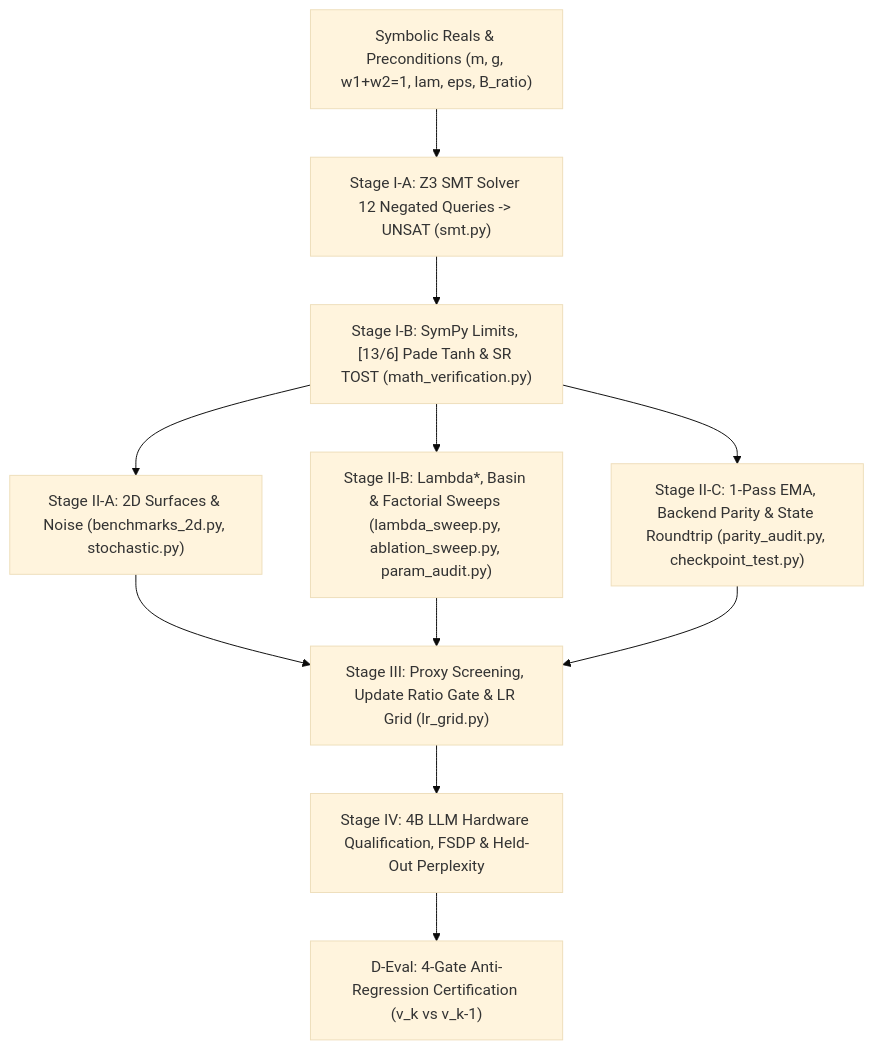
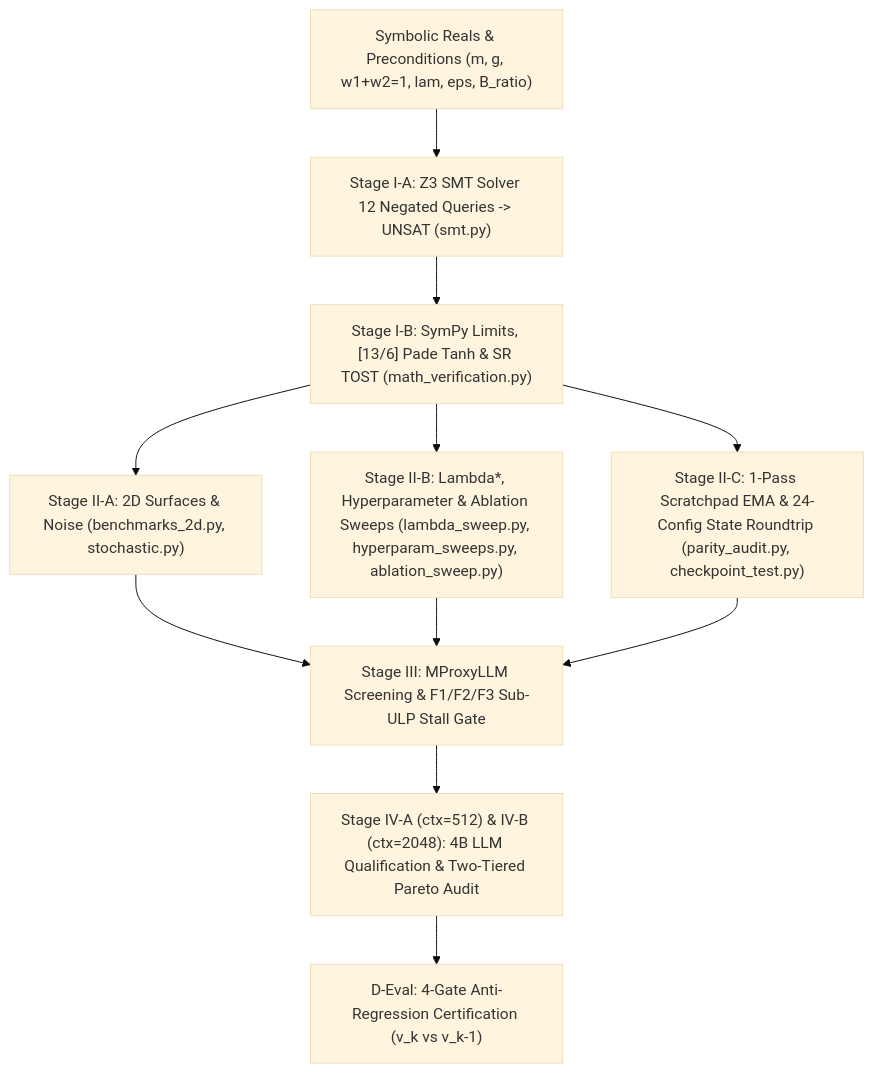
One commit to cloverx-id/luminamoon changed the diagram in eval/README.md. Above: the diagram before and after it, drawn with Mermaid (base theme). The commit also changed other lines of this file and 19 other files, not shown here.

````diff
--- a/eval/README.md
+++ b/eval/README.md
@@ -10,11 +12,11 @@
 ```mermaid
 flowchart TD
     Vars["Symbolic Reals & Preconditions (m, g, w1+w2=1, lam, eps, B_ratio)"] --> Z3["Stage I-A: Z3 SMT Solver 12 Negated Queries -> UNSAT (smt.py)"]
     Z3 --> Math["Stage I-B: SymPy Limits, [13/6] Pade Tanh & SR TOST (math_verification.py)"]
     Math --> Surf["Stage II-A: 2D Surfaces & Noise (benchmarks_2d.py, stochastic.py)"]
-    Math --> Sweeps["Stage II-B: Lambda*, Basin & Factorial Sweeps (lambda_sweep.py, ablation_sweep.py, param_audit.py)"]
-    Math --> Parity["Stage II-C: 1-Pass EMA, Backend Parity & State Roundtrip (parity_audit.py, checkpoint_test.py)"]
-    Surf & Sweeps & Parity --> Stage3["Stage III: Proxy Screening, Update Ratio Gate & LR Grid (lr_grid.py)"]
-    Stage3 --> Stage4["Stage IV: 4B LLM Hardware Qualification, FSDP & Held-Out Perplexity"]
+    Math --> Sweeps["Stage II-B: Lambda*, Hyperparameter & Ablation Sweeps (lambda_sweep.py, hyperparam_sweeps.py, ablation_sweep.py)"]
+    Math --> Parity["Stage II-C: 1-Pass Scratchpad EMA & 24-Config State Roundtrip (parity_audit.py, checkpoint_test.py)"]
+    Surf & Sweeps & Parity --> Stage3["Stage III: MProxyLLM Screening & F1/F2/F3 Sub-ULP Stall Gate"]
+    Stage3 --> Stage4["Stage IV-A (ctx=512) & IV-B (ctx=2048): 4B LLM Qualification & Two-Tiered Pareto Audit"]
     Stage4 --> DEval["D-Eval: 4-Gate Anti-Regression Certification (v_k vs v_k-1)"]
 ```
````
